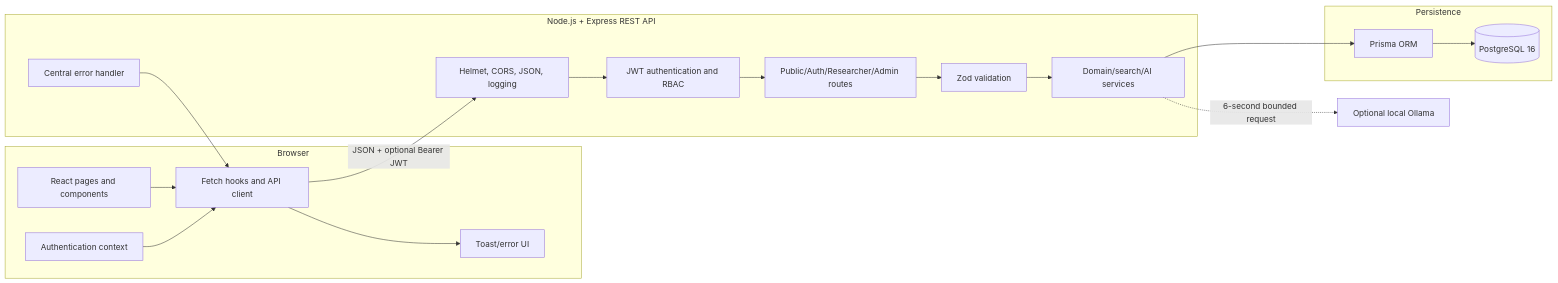
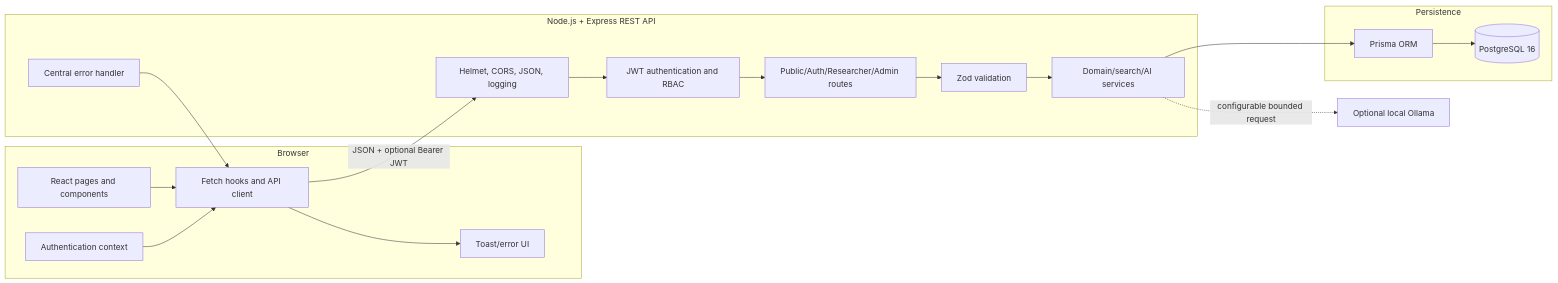
Before and after one commit to MahmoudKalekish/Zey-University-Research-Center: the fourth of 13 diagrams in docs/ZURC_THESIS_REPORT.md, drawn with Mermaid. The commit also changed other lines of this file and 8 other files, not shown here.

````diff
--- a/docs/ZURC_THESIS_REPORT.md
+++ b/docs/ZURC_THESIS_REPORT.md
@@ -591,28 +591,28 @@
 ```mermaid
 flowchart LR
   subgraph Browser
     UI[React pages and components]
     AC[Authentication context]
     HC[Fetch hooks and API client]
     TS[Toast/error UI]
   end
   subgraph Express_API[Node.js + Express REST API]
     MW[Helmet, CORS, JSON, logging]
     AU[JWT authentication and RBAC]
     RT[Public/Auth/Researcher/Admin routes]
     VA[Zod validation]
     SV[Domain/search/AI services]
     EH[Central error handler]
   end
   subgraph Persistence
     PR[Prisma ORM]
     DB[(PostgreSQL 16)]
   end
   OL[Optional local Ollama]
   UI --> HC
   AC --> HC
   HC -->|JSON + optional Bearer JWT| MW
   MW --> AU --> RT --> VA --> SV --> PR --> DB
-  SV -. 6-second bounded request .-> OL
+  SV -. configurable bounded request .-> OL
   EH --> HC --> TS
 ```
````
